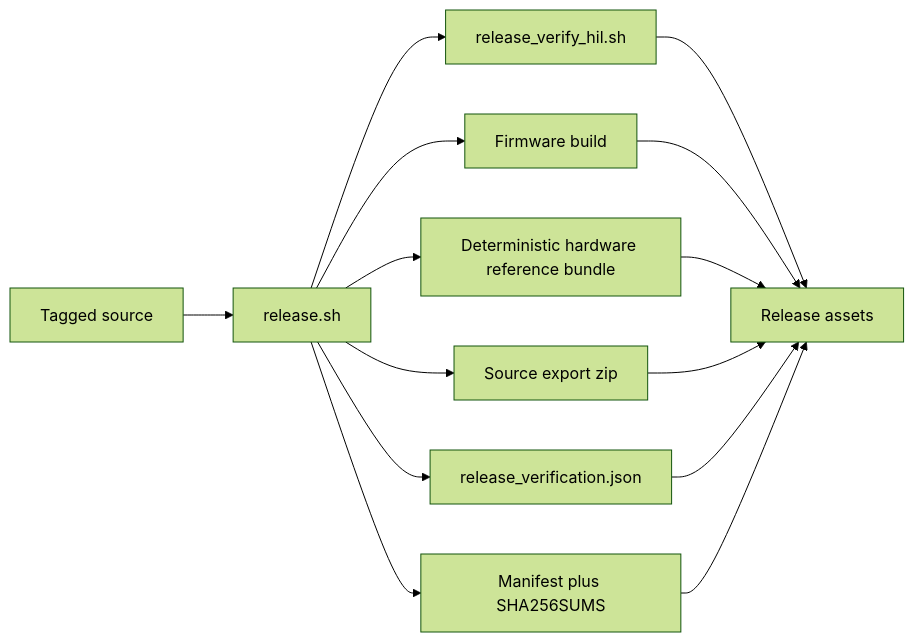
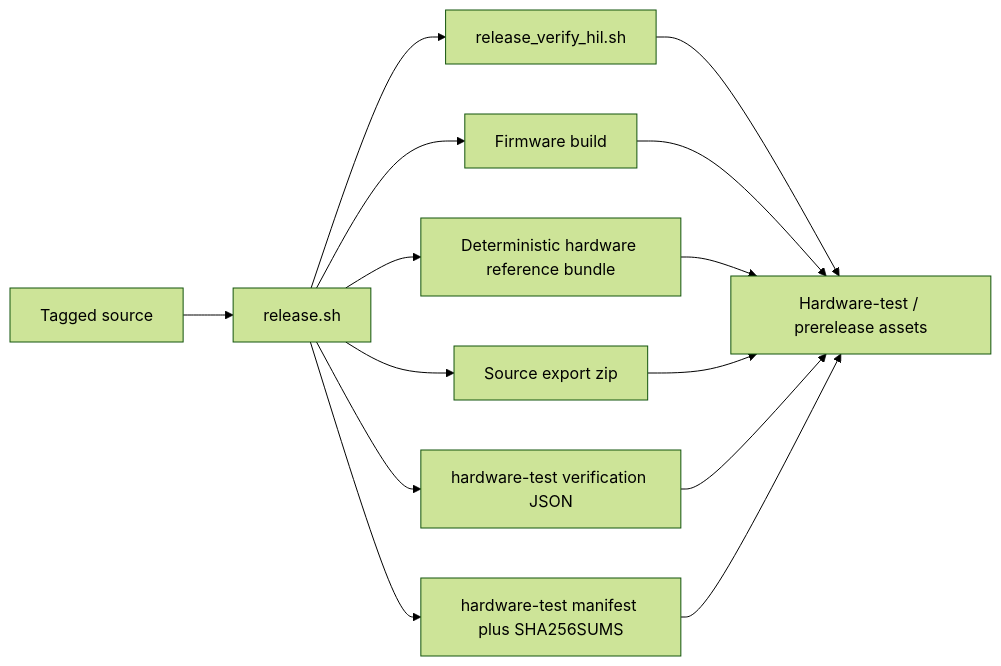
The diagram in docs/release/Reproducibility.md (bseverns/MOARkNOBS-42), drawn with Mermaid (forest theme) before and after one commit. The commit also changed other lines of this file and 13 other files, not shown here.

````diff
--- a/docs/release/Reproducibility.md
+++ b/docs/release/Reproducibility.md
@@ -20,16 +20,16 @@
 ```mermaid
 flowchart LR
   A[Tagged source] --> B[release.sh]
   B --> C[release_verify_hil.sh]
   B --> D[Firmware build]
   B --> E[Deterministic hardware reference bundle]
   B --> F[Source export zip]
-  B --> G[release_verification.json]
-  B --> H[Manifest plus SHA256SUMS]
-  C --> I[Release assets]
+  B --> G[hardware-test verification JSON]
+  B --> H[hardware-test manifest plus SHA256SUMS]
+  C --> I[Hardware-test / prerelease assets]
   D --> I
   E --> I
   F --> I
   G --> I
   H --> I
 ```
````
